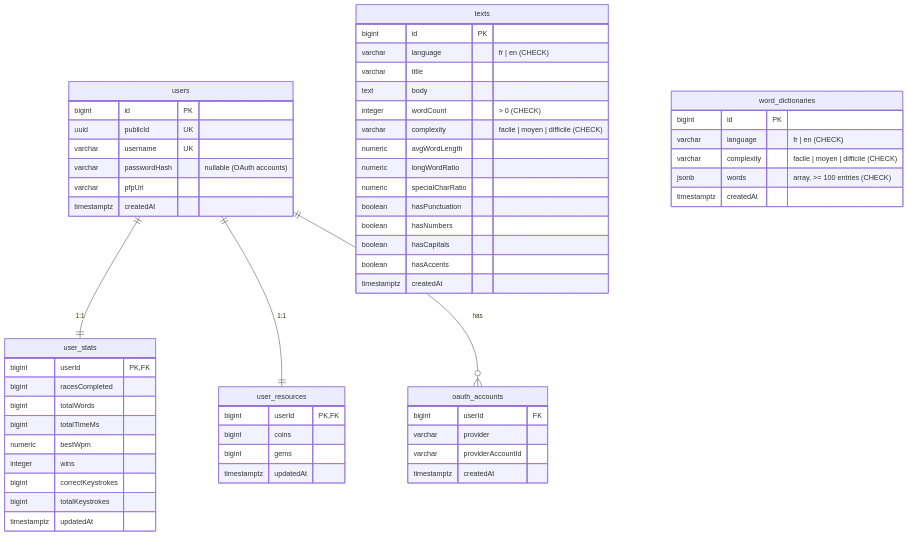
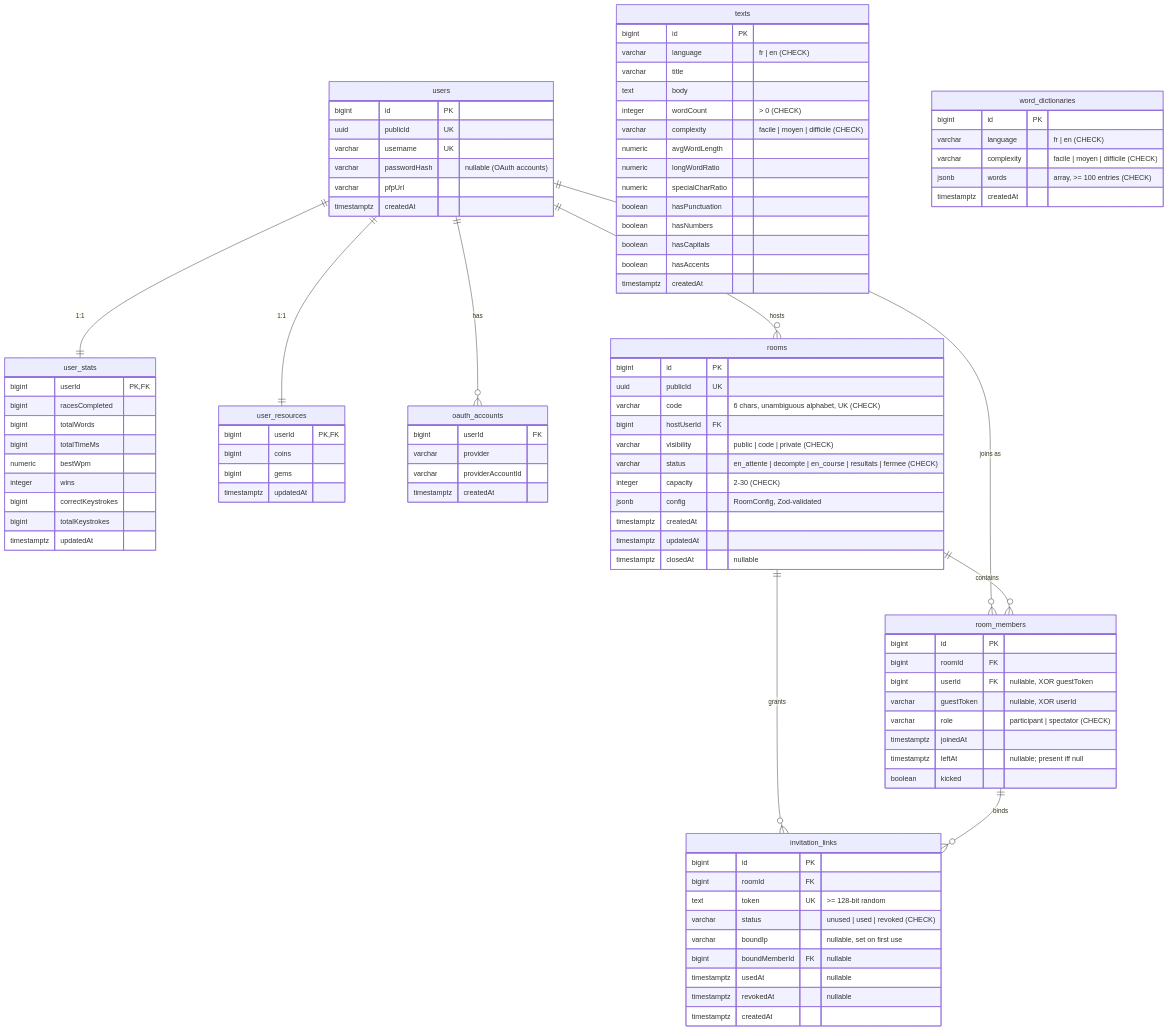
One commit to Extrajulien/dwarven-scriptures changed the first of 3 diagrams in doc/ARCHITECTURE.md. Above: the diagram before and after it, drawn with Mermaid. The commit also changed other lines of this file and 3 other files, not shown here.

Commit message:
docs: document rooms schema, actions and updated EXIGENCES status

````diff
--- a/doc/ARCHITECTURE.md
+++ b/doc/ARCHITECTURE.md
@@ -85,7 +91,46 @@
         jsonb words "array, >= 100 entries (CHECK)"
         timestamptz createdAt
     }
+    rooms {
+        bigint id PK
+        uuid publicId UK
+        varchar code "6 chars, unambiguous alphabet, UK (CHECK)"
+        bigint hostUserId FK
+        varchar visibility "public | code | private (CHECK)"
+        varchar status "en_attente | decompte | en_course | resultats | fermee (CHECK)"
+        integer capacity "2-30 (CHECK)"
+        jsonb config "RoomConfig, Zod-validated"
+        timestamptz createdAt
+        timestamptz updatedAt
+        timestamptz closedAt "nullable"
+    }
+    room_members {
+        bigint id PK
+        bigint roomId FK
+        bigint userId FK "nullable, XOR guestToken"
+        varchar guestToken "nullable, XOR userId"
+        varchar role "participant | spectator (CHECK)"
+        timestamptz joinedAt
+        timestamptz leftAt "nullable; present iff null"
+        boolean kicked
+    }
+    invitation_links {
+        bigint id PK
+        bigint roomId FK
+        text token UK ">= 128-bit random"
+        varchar status "unused | used | revoked (CHECK)"
+        varchar boundIp "nullable, set on first use"
+        bigint boundMemberId FK "nullable"
+        timestamptz usedAt "nullable"
+        timestamptz revokedAt "nullable"
+        timestamptz createdAt
+    }
     users ||--|| user_stats : "1:1"
     users ||--|| user_resources : "1:1"
     users ||--o{ oauth_accounts : "has"
+    users ||--o{ rooms : "hosts"
+    users ||--o{ room_members : "joins as"
+    rooms ||--o{ room_members : "contains"
+    rooms ||--o{ invitation_links : "grants"
+    room_members ||--o{ invitation_links : "binds"
 ```
````
